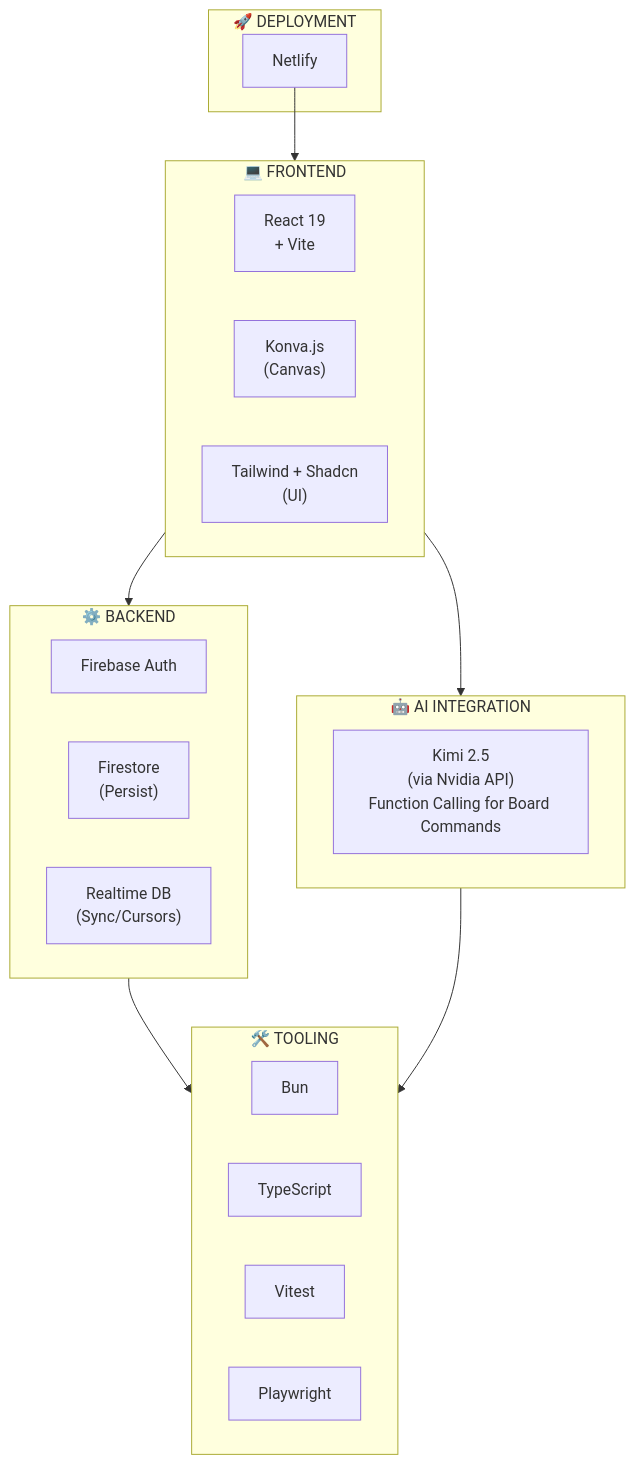
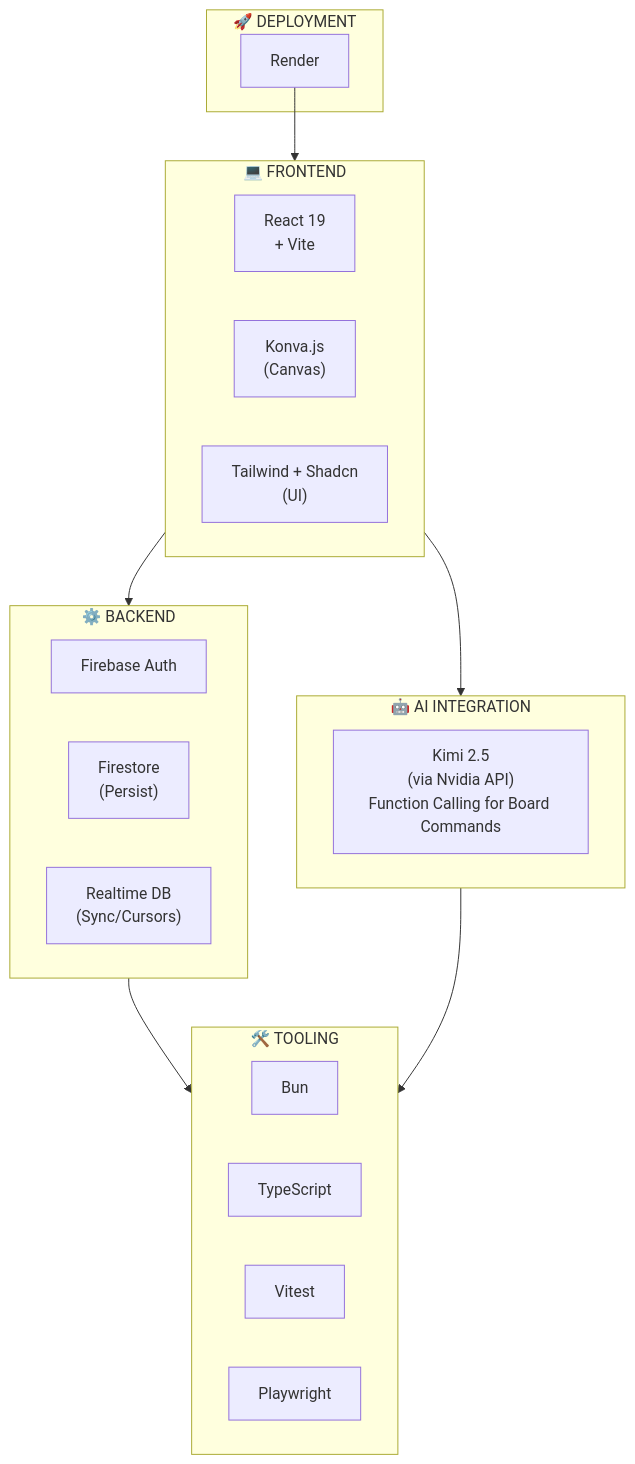
The first of 3 diagrams in docs/guides/README.md (MichaelHabermas/gai-collab-board), drawn with Mermaid before and after one commit. The commit also changed 27 other files, not shown here.

First line of the commit message:
refactor: transition deployment from Netlify to Render

````diff
--- a/docs/guides/README.md
+++ b/docs/guides/README.md
@@ -69,35 +69,35 @@
 ```mermaid
 graph TB
     subgraph Deployment["🚀 DEPLOYMENT"]
-        Netlify["Netlify"]
+        Render["Render"]
     end
     
     subgraph Frontend["💻 FRONTEND"]
         React["React 19<br/>+ Vite"]
         Konva["Konva.js<br/>(Canvas)"]
         Tailwind["Tailwind + Shadcn<br/>(UI)"]
     end
     
     subgraph Backend["⚙️ BACKEND"]
         FirebaseAuth["Firebase Auth"]
         Firestore["Firestore<br/>(Persist)"]
         RealtimeDB["Realtime DB<br/>(Sync/Cursors)"]
     end
     
     subgraph AI["🤖 AI INTEGRATION"]
         Kimi["Kimi 2.5<br/>(via Nvidia API)<br/>Function Calling for Board Commands"]
     end
     
     subgraph Tooling["🛠️ TOOLING"]
         Bun["Bun"]
         TypeScript["TypeScript"]
         Vitest["Vitest"]
         Playwright["Playwright"]
     end
     
-    Netlify --> Frontend
+    Render --> Frontend
     Frontend --> Backend
     Frontend --> AI
     Backend --> Tooling
     AI --> Tooling
 ```
````
